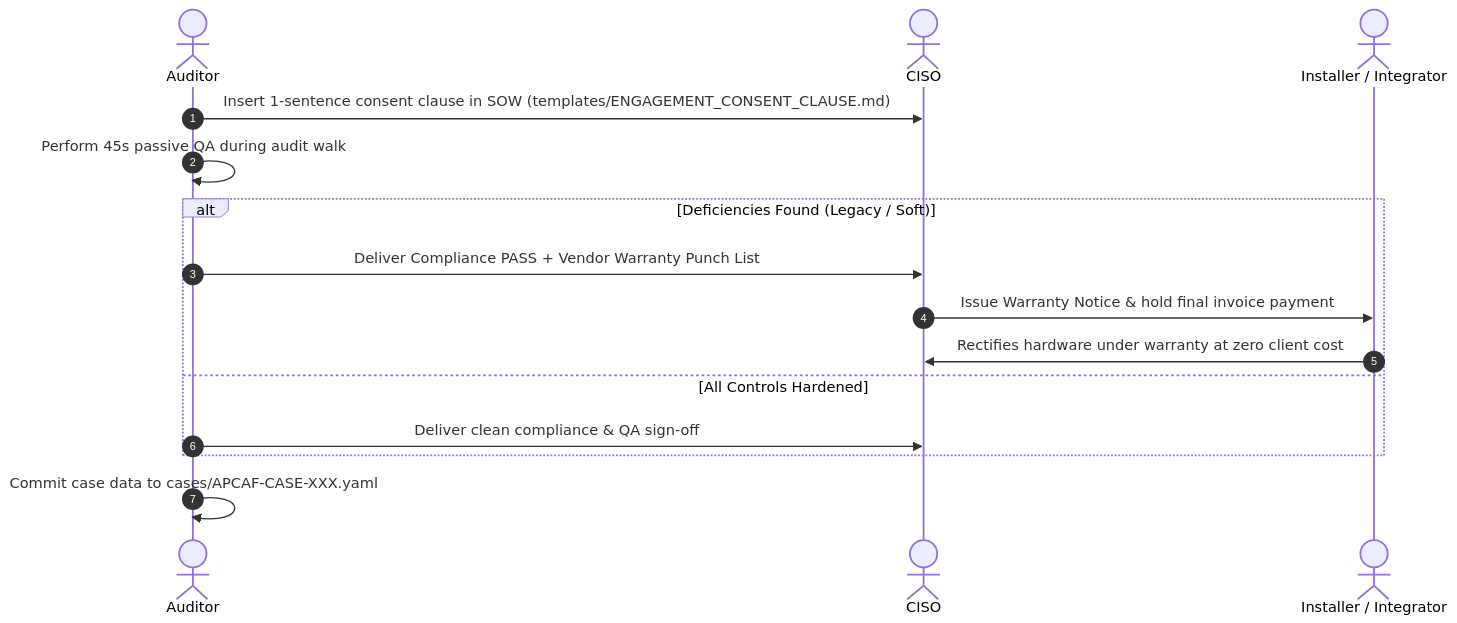
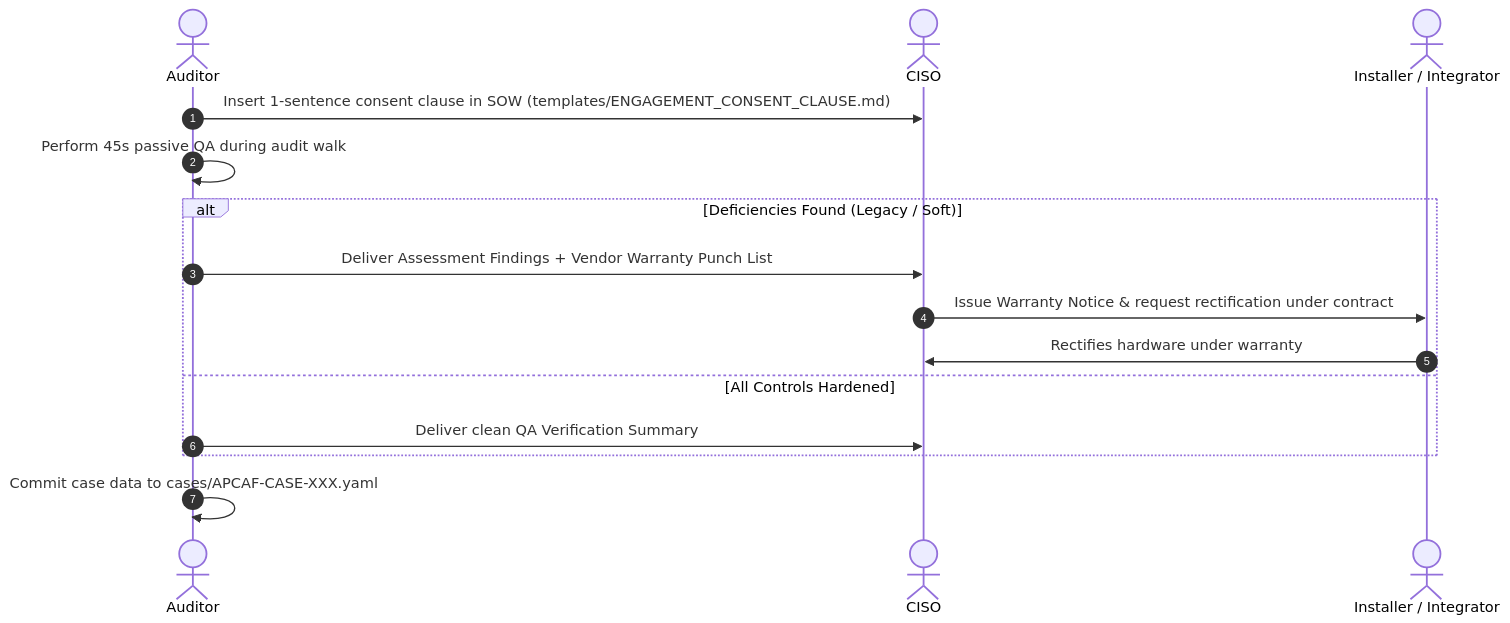
Before and after one commit to zoecyber001/APCAF: the diagram in README.md, drawn with Mermaid. The commit also changed other lines of this file and 9 other files, not shown here.

Commit message:
fix(integrity): execute repository-wide consistency pass, calibrate T1001/T1004, fix field-triage unassessed filtering & provenance schema

````diff
--- a/README.md
+++ b/README.md
@@ -119,18 +145,18 @@
 ```mermaid
 sequenceDiagram
     autonumber
     actor Auditor
     actor CISO
     actor Vendor as Installer / Integrator
     
     Auditor->>CISO: Insert 1-sentence consent clause in SOW (templates/ENGAGEMENT_CONSENT_CLAUSE.md)
     Auditor->>Auditor: Perform 45s passive QA during audit walk
     alt Deficiencies Found (Legacy / Soft)
-        Auditor->>CISO: Deliver Compliance PASS + Vendor Warranty Punch List
-        CISO->>Vendor: Issue Warranty Notice & hold final invoice payment
-        Vendor->>CISO: Rectifies hardware under warranty at zero client cost
+        Auditor->>CISO: Deliver Assessment Findings + Vendor Warranty Punch List
+        CISO->>Vendor: Issue Warranty Notice & request rectification under contract
+        Vendor->>CISO: Rectifies hardware under warranty
     else All Controls Hardened
-        Auditor->>CISO: Deliver clean compliance & QA sign-off
+        Auditor->>CISO: Deliver clean QA Verification Summary
     end
     Auditor->>Auditor: Commit case data to cases/APCAF-CASE-XXX.yaml
 ```
````
